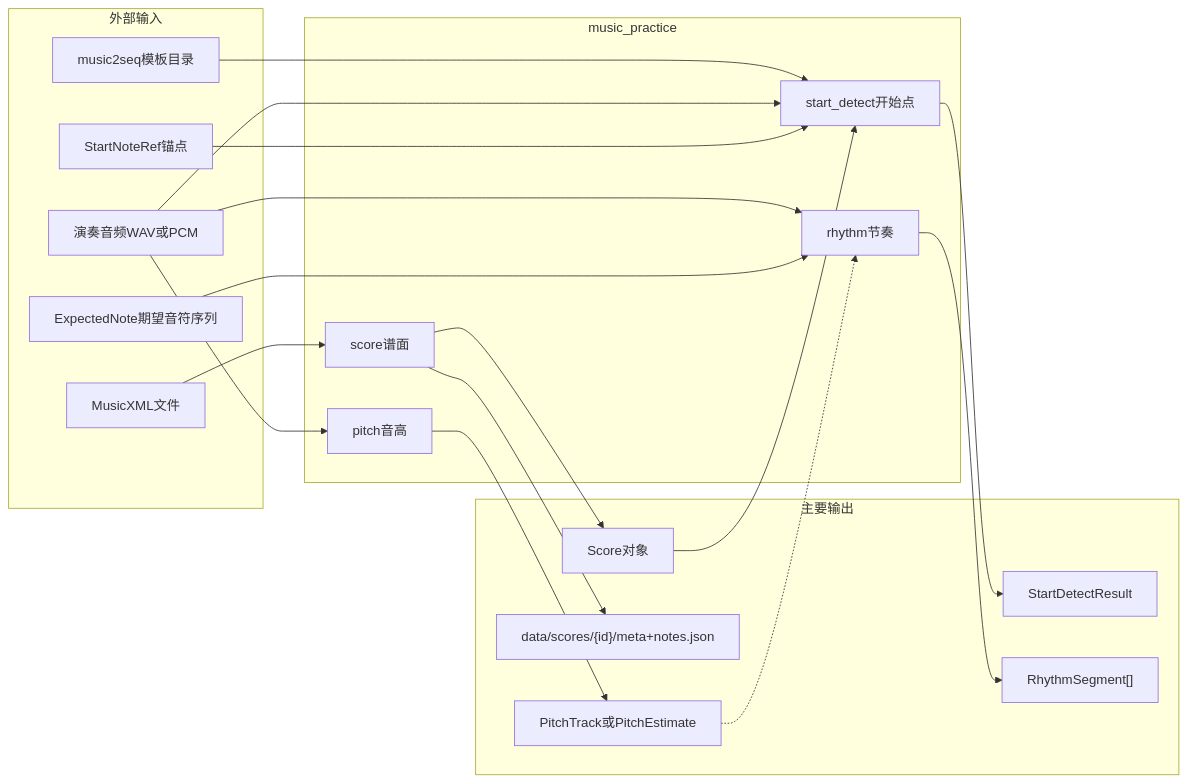
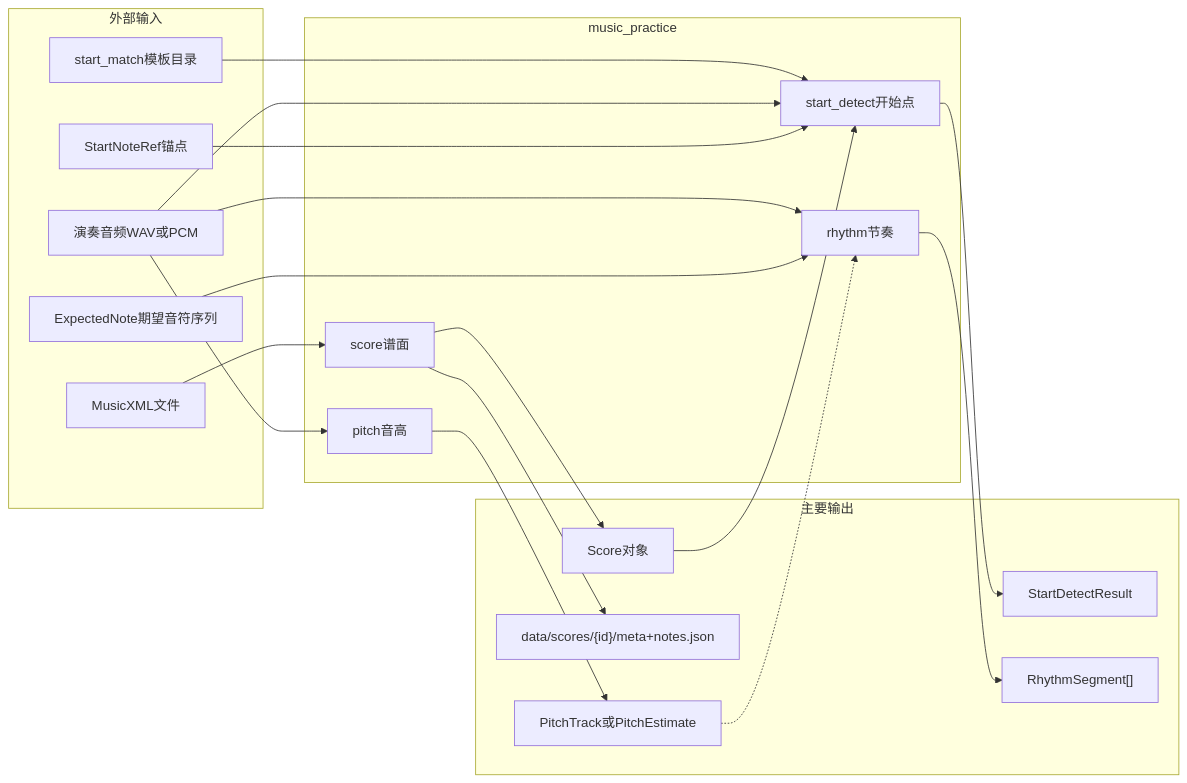
Before and after one commit to heckletbot/musicPractice: the second of 10 diagrams in doc/ARCHITECTURE.md, drawn with Mermaid. The commit also changed other lines of this file and 52 other files, not shown here.

First line of the commit message:
Add PitchTrackData contract and vendor start_match (ex-music2seq).

````diff
--- a/doc/ARCHITECTURE.md
+++ b/doc/ARCHITECTURE.md
@@ -32,43 +32,43 @@
 ```mermaid
 flowchart LR
   subgraph inputs [外部输入]
     MusicXML[MusicXML文件]
     QueryWav[演奏音频WAV或PCM]
     StartRef[StartNoteRef锚点]
     Expected[ExpectedNote期望音符序列]
-    Templates[music2seq模板目录]
+    Templates[start_match模板目录]
   end
 
   subgraph core [music_practice]
     ScoreMod[score谱面]
     PitchMod[pitch音高]
     StartMod[start_detect开始点]
     RhythmMod[rhythm节奏]
   end
 
   subgraph outputs [主要输出]
     ScoreObj[Score对象]
     ScoreDisk["data/scores/{id}/meta+notes.json"]
     PitchOut[PitchTrack或PitchEstimate]
     StartOut[StartDetectResult]
     RhythmOut["RhythmSegment[]"]
   end
 
   MusicXML --> ScoreMod
   ScoreMod --> ScoreObj
   ScoreMod --> ScoreDisk
 
   QueryWav --> PitchMod
   PitchMod --> PitchOut
 
   ScoreObj --> StartMod
   StartRef --> StartMod
   QueryWav --> StartMod
   Templates --> StartMod
   StartMod --> StartOut
 
   Expected --> RhythmMod
   QueryWav --> RhythmMod
   PitchOut -.-> RhythmMod
   RhythmMod --> RhythmOut
 ```
````
